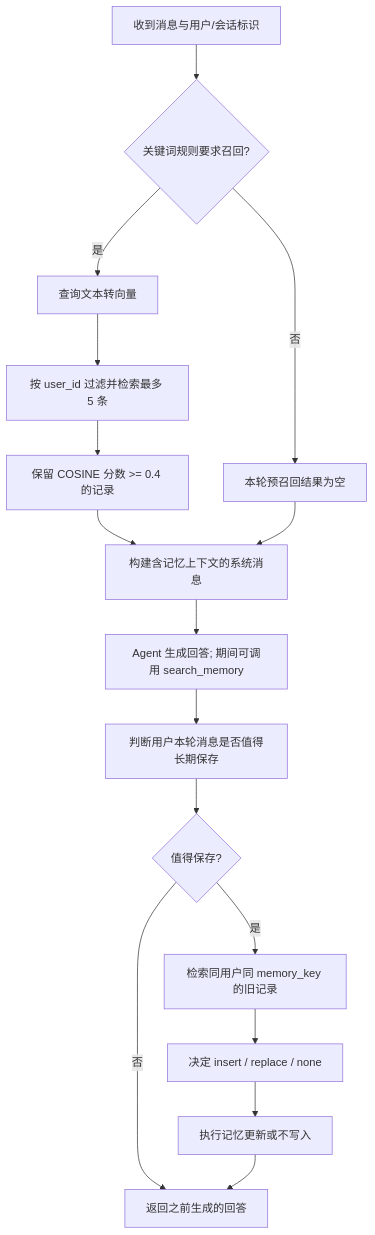
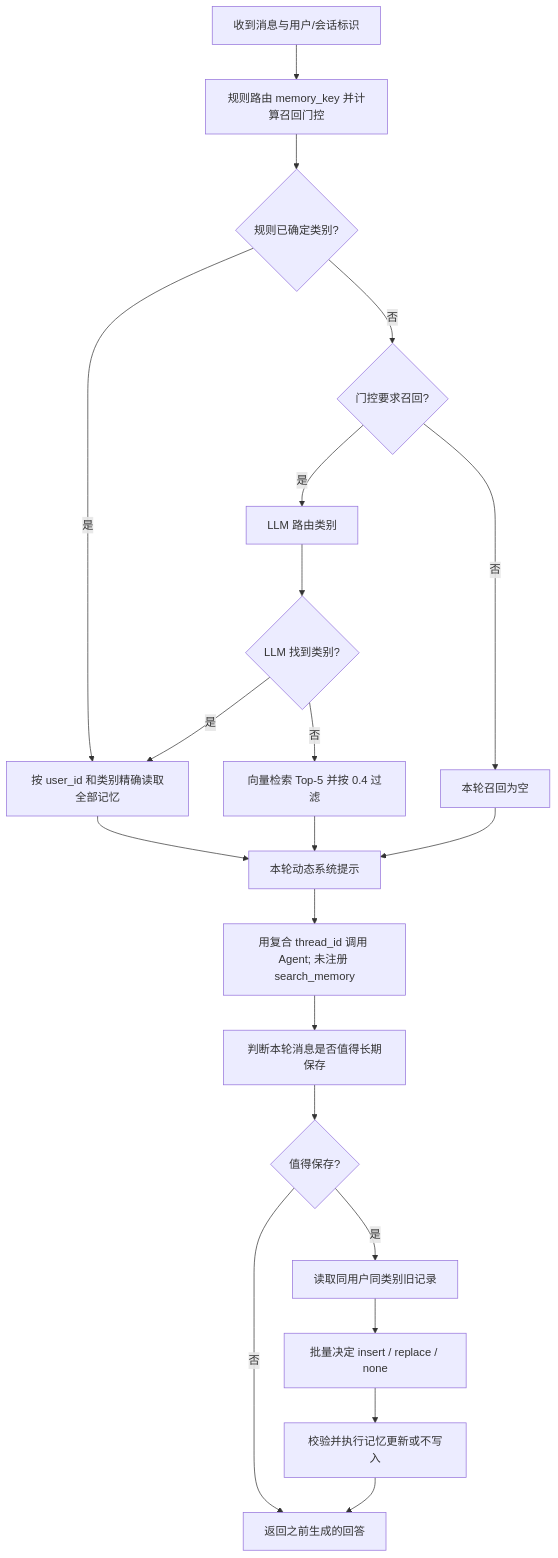
The first of 2 diagrams in docs/auto_recall.md (weiAX95/agent), drawn with Mermaid before and after one commit. The commit also changed other lines of this file and 8 other files, not shown here.

````diff
--- a/docs/auto_recall.md
+++ b/docs/auto_recall.md
@@ -77,18 +79,23 @@
 ```mermaid
 flowchart TD
-    A[收到消息与用户/会话标识] --> B{关键词规则要求召回?}
-    B -- 是 --> C[查询文本转向量]
-    C --> D[按 user_id 过滤并检索最多 5 条]
-    D --> E[保留 COSINE 分数 >= 0.4 的记录]
-    B -- 否 --> F[本轮预召回结果为空]
-    E --> G[构建含记忆上下文的系统消息]
-    F --> G
-    G --> H[Agent 生成回答; 期间可调用 search_memory]
-    H --> I[判断用户本轮消息是否值得长期保存]
-    I --> J{值得保存?}
-    J -- 否 --> N[返回之前生成的回答]
-    J -- 是 --> K[检索同用户同 memory_key 的旧记录]
-    K --> L[决定 insert / replace / none]
-    L --> M[执行记忆更新或不写入]
-    M --> N
+    A[收到消息与用户/会话标识] --> B[规则路由 memory_key 并计算召回门控]
+    B --> C{规则已确定类别?}
+    C -- 是 --> D[按 user_id 和类别精确读取全部记忆]
+    C -- 否 --> E{门控要求召回?}
+    E -- 是 --> F[LLM 路由类别]
+    E -- 否 --> G[本轮召回为空]
+    F --> H{LLM 找到类别?}
+    H -- 是 --> D
+    H -- 否 --> I[向量检索 Top-5 并按 0.4 过滤]
+    D --> J[本轮动态系统提示]
+    G --> J
+    I --> J
+    J --> K[用复合 thread_id 调用 Agent; 未注册 search_memory]
+    K --> L[判断本轮消息是否值得长期保存]
+    L --> M{值得保存?}
+    M -- 否 --> Q[返回之前生成的回答]
+    M -- 是 --> N[读取同用户同类别旧记录]
+    N --> O[批量决定 insert / replace / none]
+    O --> P[校验并执行记忆更新或不写入]
+    P --> Q
 ```
````
